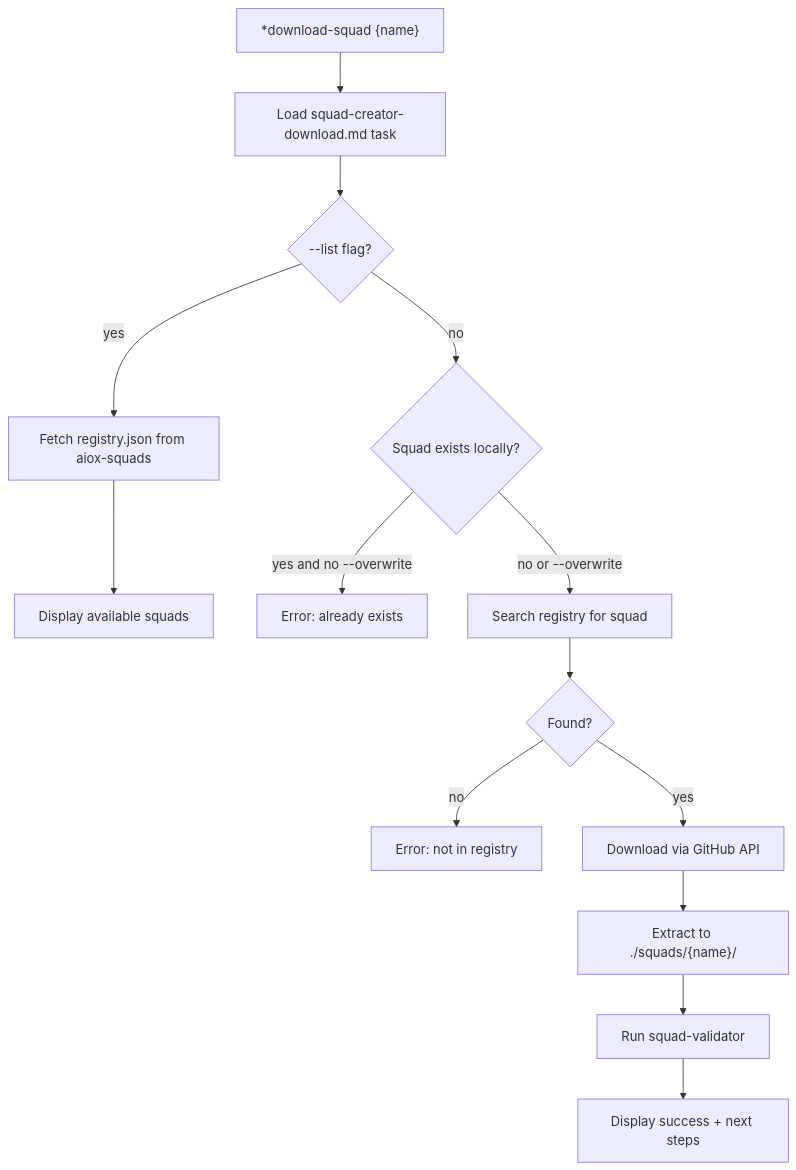
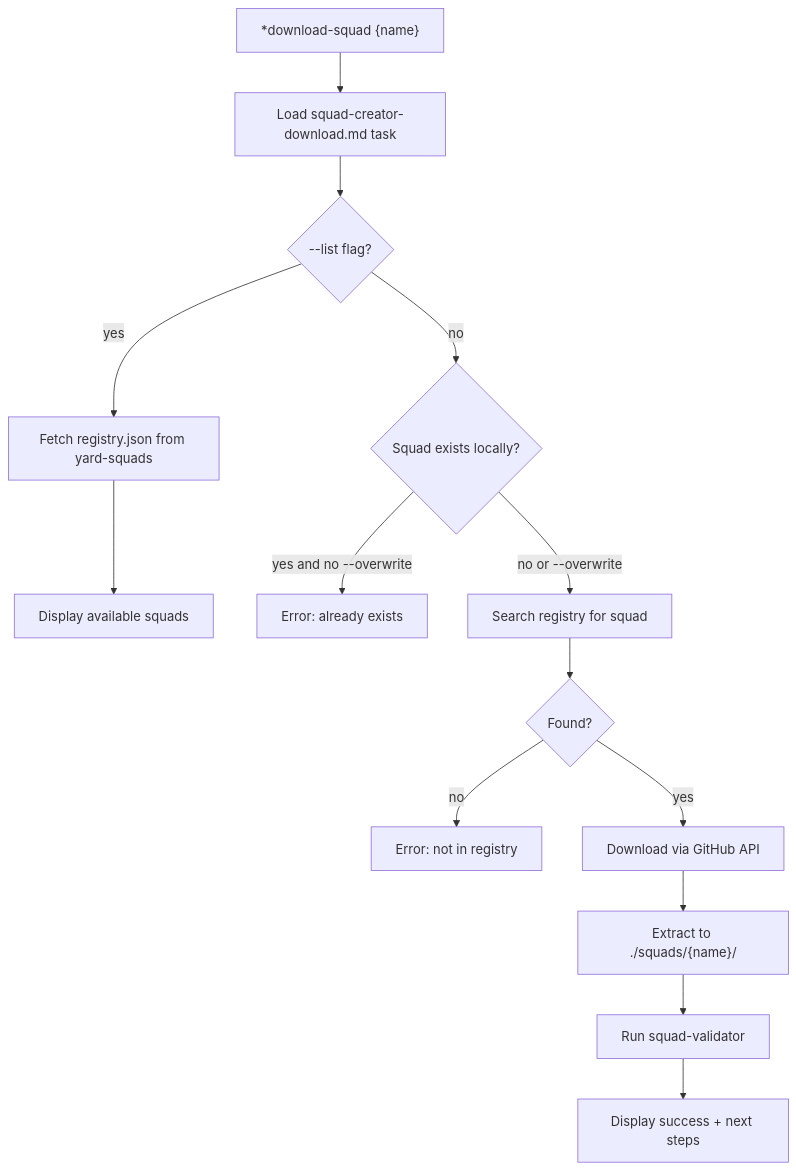
The ninth of 12 diagrams in docs/guides/agents/traces/squad-creation-execution-trace.md (ernesto-langa/yard-core), drawn with Mermaid before and after one commit. The commit also changed other lines of this file and 529 other files, not shown here.

````diff
--- a/docs/guides/agents/traces/squad-creation-execution-trace.md
+++ b/docs/guides/agents/traces/squad-creation-execution-trace.md
@@ -396,16 +396,16 @@
 ```mermaid
 flowchart TD
     A["*download-squad {name}"] --> B[Load squad-creator-download.md task]
     B --> C{--list flag?}
-    C -->|yes| D[Fetch registry.json from aiox-squads]
+    C -->|yes| D[Fetch registry.json from yard-squads]
     C -->|no| E{Squad exists locally?}
     D --> F[Display available squads]
     E -->|yes and no --overwrite| G[Error: already exists]
     E -->|no or --overwrite| H[Search registry for squad]
     H --> I{Found?}
     I -->|no| J[Error: not in registry]
     I -->|yes| K[Download via GitHub API]
     K --> L["Extract to ./squads/{name}/"]
     L --> M[Run squad-validator]
     M --> N[Display success + next steps]
 ```
````
